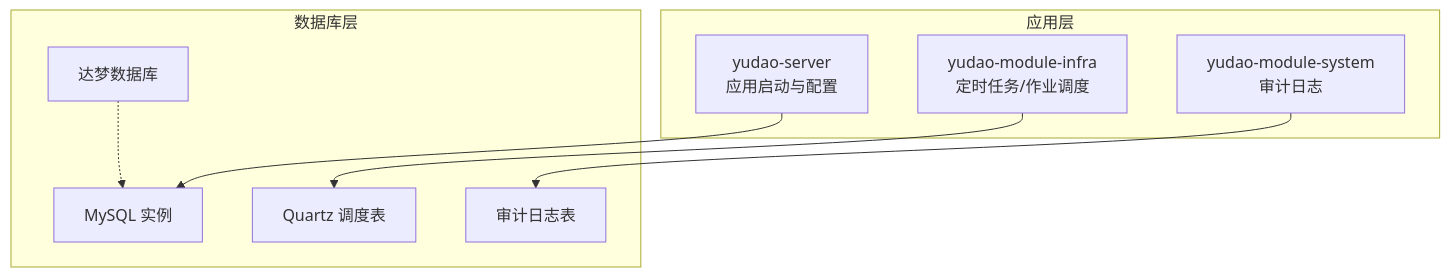
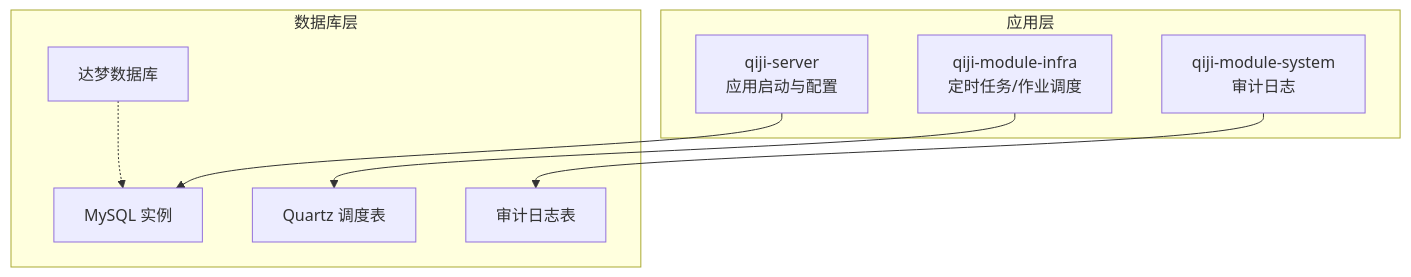
One commit to zhuangpengLI/AgenticCPS changed the first of 7 diagrams in backend/.qoder/repowiki/zh/content/核心业务模块/基础设施模块/数据库管理.md. Above: the diagram before and after it, drawn with Mermaid. The commit also changed other lines of this file and 3489 other files, not shown here.

````diff
--- a/backend/.qoder/repowiki/zh/content/核心业务模块/基础设施模块/数据库管理.md
+++ b/backend/.qoder/repowiki/zh/content/核心业务模块/基础设施模块/数据库管理.md
@@ -48,18 +48,18 @@
 ```mermaid
 graph TB
 subgraph "应用层"
-server["yudao-server<br/>应用启动与配置"]
-infra["yudao-module-infra<br/>定时任务/作业调度"]
-system["yudao-module-system<br/>审计日志"]
+server["qiji-server<br/>应用启动与配置"]
+infra["qiji-module-infra<br/>定时任务/作业调度"]
+system["qiji-module-system<br/>审计日志"]
 end
 subgraph "数据库层"
 mysql["MySQL 实例"]
 dm["达梦数据库"]
 quartz["Quartz 调度表"]
 logs["审计日志表"]
 end
 server --> mysql
 infra --> quartz
 system --> logs
 dm -.-> mysql
 ```
````
